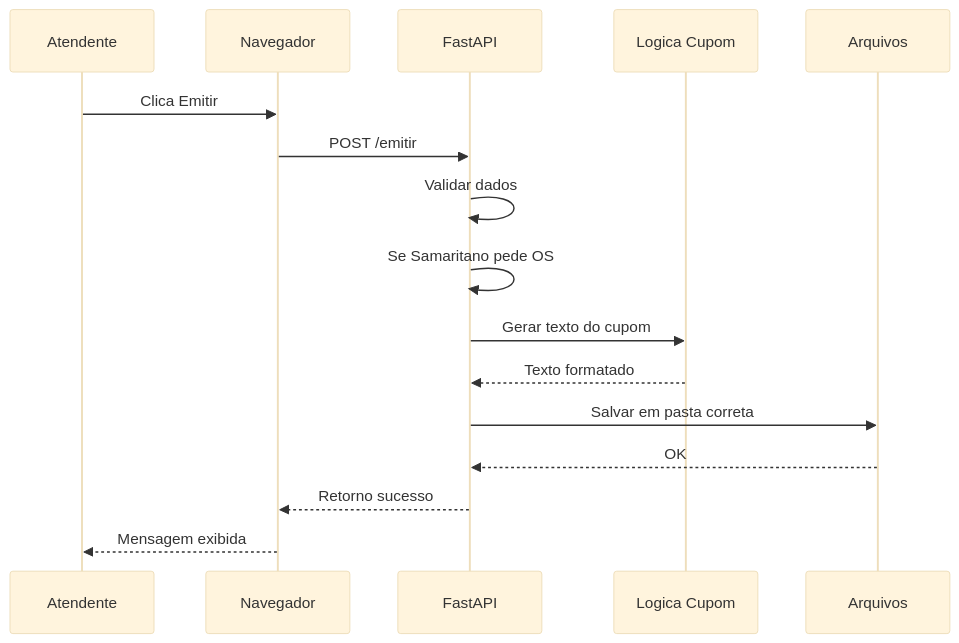
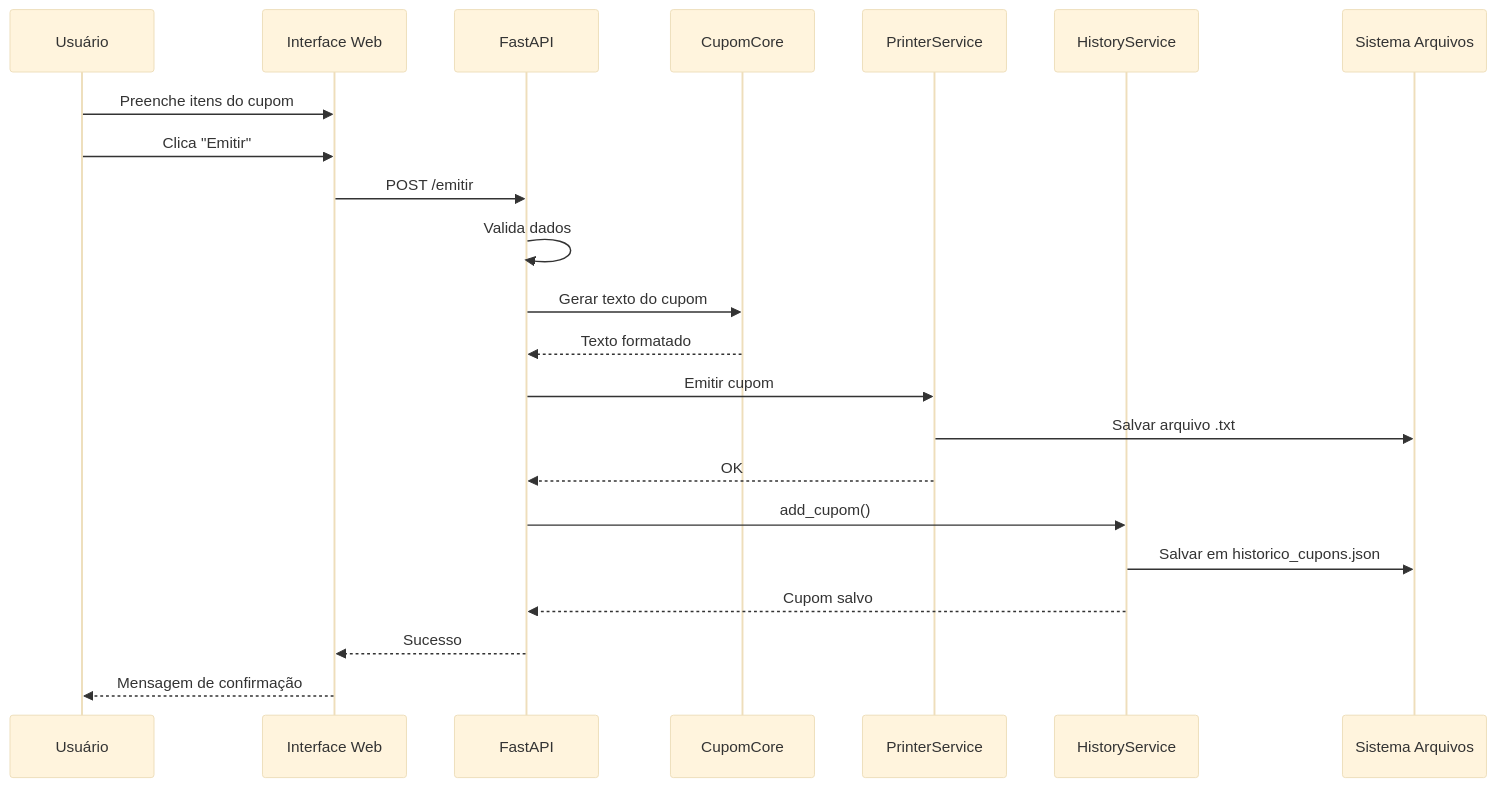
The first of 3 diagrams in arquitetura.md (tracyxoxo/chaveiro_cupom), drawn with Mermaid (base theme) before and after one commit. The commit also changed other lines of this file and 2 other files, not shown here.

````diff
--- a/arquitetura.md
+++ b/arquitetura.md
@@ -1,25 +101,29 @@
 ```mermaid
 sequenceDiagram
-    participant U as Atendente
-    participant UI as Navegador
+    participant U as Usuário
+    participant UI as Interface Web
     participant API as FastAPI
-    participant CORE as Logica Cupom
-    participant FS as Arquivos
+    participant CORE as CupomCore
+    participant PRINTER as PrinterService
+    participant HISTORY as HistoryService
+    participant FS as Sistema Arquivos
 
-    U ->> UI: Clica Emitir
-    UI ->> API: POST /emitir
-
-    API ->> API: Validar dados
-    API ->> API: Se Samaritano pede OS
-
-    API ->> CORE: Gerar texto do cupom
-    CORE -->> API: Texto formatado
-
-    API ->> FS: Salvar em pasta correta
-    FS -->> API: OK
-
-    API -->> UI: Retorno sucesso
-    UI -->> U: Mensagem exibida
-
-
+    U->>UI: Preenche itens do cupom
+    U->>UI: Clica "Emitir"
+    UI->>API: POST /emitir
+    
+    API->>API: Valida dados
+    API->>CORE: Gerar texto do cupom
+    CORE-->>API: Texto formatado
+    
+    API->>PRINTER: Emitir cupom
+    PRINTER->>FS: Salvar arquivo .txt
+    PRINTER-->>API: OK
+    
+    API->>HISTORY: add_cupom()
+    HISTORY->>FS: Salvar em historico_cupons.json
+    HISTORY-->>API: Cupom salvo
+    
+    API-->>UI: Sucesso
+    UI-->>U: Mensagem de confirmação
 ```
````
